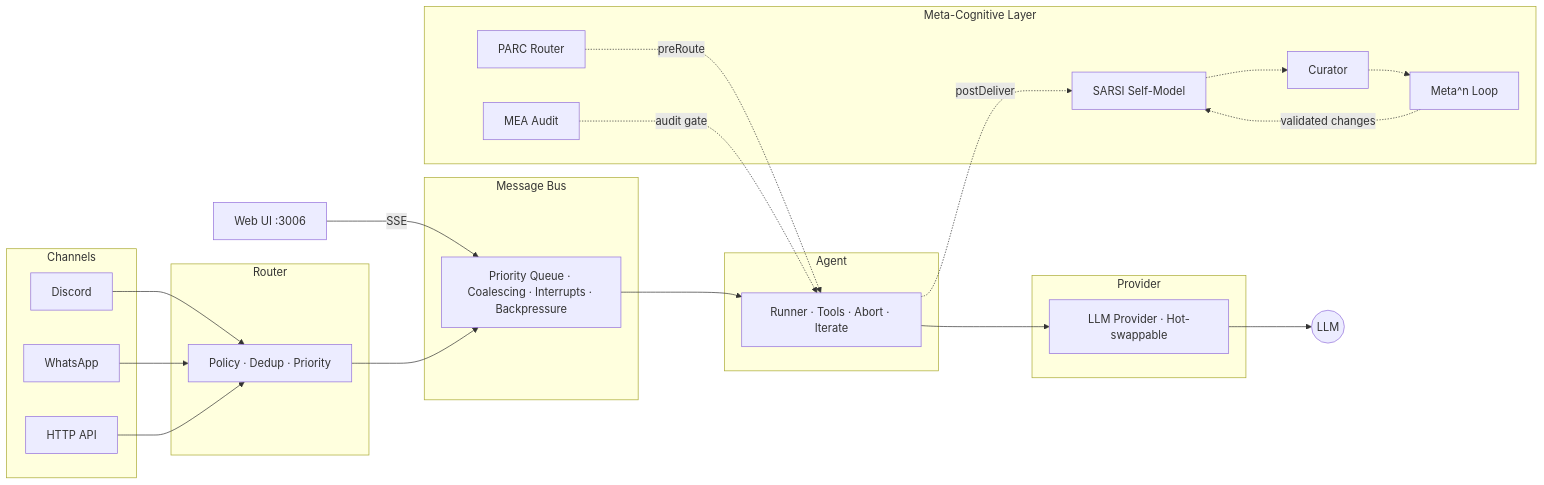
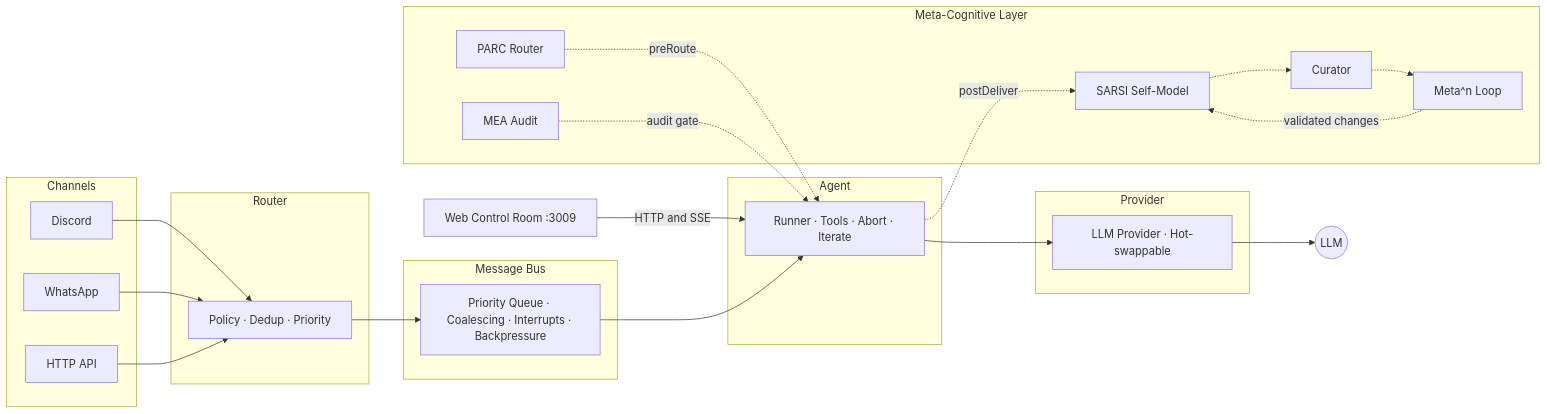
The diagram in docs/core/architecture.md (artifact-opensource/symbiote), drawn with Mermaid before and after one commit. The commit also changed other lines of this file and 114 other files, not shown here.

````diff
--- a/docs/core/architecture.md
+++ b/docs/core/architecture.md
@@ -18,48 +18,48 @@
 ```mermaid
 graph LR
     subgraph Channels
         D[Discord]
         W[WhatsApp]
         H[HTTP API]
     end
 
     subgraph Router
         R[Policy · Dedup · Priority]
     end
 
     subgraph Bus[Message Bus]
         Q[Priority Queue · Coalescing · Interrupts · Backpressure]
     end
 
     subgraph Agent
         A[Runner · Tools · Abort · Iterate]
     end
 
     subgraph Provider
         P[LLM Provider · Hot-swappable]
     end
 
     subgraph Meta[Meta-Cognitive Layer]
         S[SARSI Self-Model]
         C[Curator]
         M[Meta^n Loop]
         ME[MEA Audit]
         PA[PARC Router]
     end
 
-    UI[Web UI :3006] -->|SSE| Q
+    UI[Web Control Room :3009] -->|HTTP and SSE| A
 
     D --> R
     W --> R
     H --> R
     R --> Q
     Q --> A
     A --> P
     P --> LLM((LLM))
     PA -.->|preRoute| A
     A -.->|postDeliver| S
     S -.-> C
     C -.-> M
     M -.->|validated changes| S
     ME -.->|audit gate| A
 ```
````
